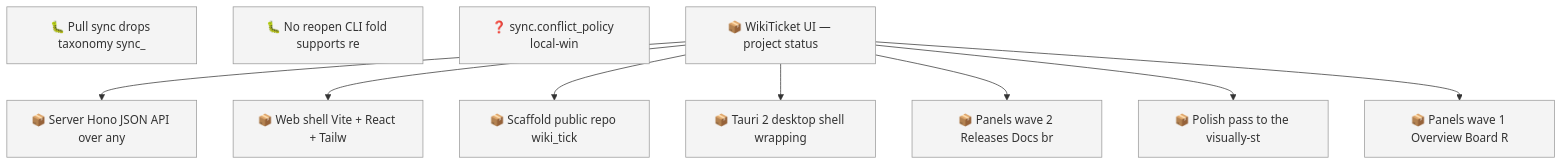
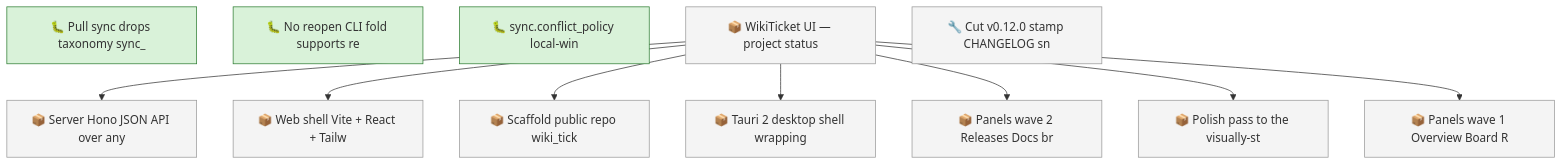
The first of 2 diagrams in docs/roadmap.md (SpillwaveSolutions/wiki_ticket_sdd), drawn with Mermaid before and after one commit. The commit also changed other lines of this file and 10 other files, not shown here.

First line of the commit message:
fix: sync taxonomy ingest, reopen CLI, descope conflict auto-resolve

````diff
--- a/docs/roadmap.md
+++ b/docs/roadmap.md
@@ -57,23 +68,26 @@
 ```mermaid
 graph TD
     01KXY8V5WZJ4E76B3D39KW5DCE["🐛 Pull sync drops taxonomy sync_"]
     01KXY8V62QH1H1V70M0Y08ARXX["🐛 No reopen CLI fold supports re"]
-    01KXY8V686YPK4ET2XFB2KW2RX["❓ sync.conflict_policy local-win"]
+    01KXY8V686YPK4ET2XFB2KW2RX["🐛 sync.conflict_policy local-win"]
     01KY111BC71KJGNH55CB2DWMKN["📦 Server Hono JSON API over any"]
     01KY111BC7B70C7M2RF1E57G17["📦 Web shell Vite + React + Tailw"]
     01KY111BC7NJ4BE7JBDK2P6Y56["📦 Scaffold public repo wiki_tick"]
     01KY111BC7PABV8W6SDNVQACSN["📦 WikiTicket UI — project status"]
     01KY111BC842N3J7Y7H85NHSEG["📦 Tauri 2 desktop shell wrapping"]
     01KY111BC88FS6QD49JADZ9CJ5["📦 Panels wave 2 Releases Docs br"]
     01KY111BC8F9BH0T3TERYEFC3C["📦 Polish pass to the visually-st"]
     01KY111BC8QJAS9KH7N368N6RF["📦 Panels wave 1 Overview Board R"]
+    01KY11HDR3A5SR342DHG1BH5AZ["🔧 Cut v0.12.0 stamp CHANGELOG sn"]
     01KY111BC7PABV8W6SDNVQACSN --> 01KY111BC71KJGNH55CB2DWMKN
     01KY111BC7PABV8W6SDNVQACSN --> 01KY111BC7B70C7M2RF1E57G17
     01KY111BC7PABV8W6SDNVQACSN --> 01KY111BC7NJ4BE7JBDK2P6Y56
     01KY111BC7PABV8W6SDNVQACSN --> 01KY111BC842N3J7Y7H85NHSEG
     01KY111BC7PABV8W6SDNVQACSN --> 01KY111BC88FS6QD49JADZ9CJ5
     01KY111BC7PABV8W6SDNVQACSN --> 01KY111BC8F9BH0T3TERYEFC3C
     01KY111BC7PABV8W6SDNVQACSN --> 01KY111BC8QJAS9KH7N368N6RF
     classDef todo fill:#f4f4f4,stroke:#999999
-    class 01KXY8V5WZJ4E76B3D39KW5DCE,01KXY8V62QH1H1V70M0Y08ARXX,01KXY8V686YPK4ET2XFB2KW2RX,01KY111BC71KJGNH55CB2DWMKN,01KY111BC7B70C7M2RF1E57G17,01KY111BC7NJ4BE7JBDK2P6Y56,01KY111BC7PABV8W6SDNVQACSN,01KY111BC842N3J7Y7H85NHSEG,01KY111BC88FS6QD49JADZ9CJ5,01KY111BC8F9BH0T3TERYEFC3C,01KY111BC8QJAS9KH7N368N6RF todo
+    class 01KY111BC71KJGNH55CB2DWMKN,01KY111BC7B70C7M2RF1E57G17,01KY111BC7NJ4BE7JBDK2P6Y56,01KY111BC7PABV8W6SDNVQACSN,01KY111BC842N3J7Y7H85NHSEG,01KY111BC88FS6QD49JADZ9CJ5,01KY111BC8F9BH0T3TERYEFC3C,01KY111BC8QJAS9KH7N368N6RF,01KY11HDR3A5SR342DHG1BH5AZ todo
+    classDef in_progress fill:#d9f2d9,stroke:#2e7d32
+    class 01KXY8V5WZJ4E76B3D39KW5DCE,01KXY8V62QH1H1V70M0Y08ARXX,01KXY8V686YPK4ET2XFB2KW2RX in_progress
 ```
````
